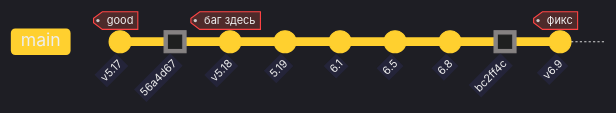
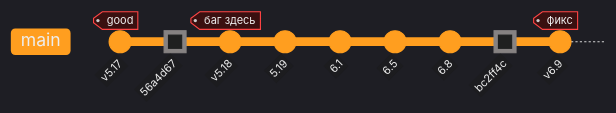
The diagram in docs/diagrams/git-timeline.mmd (polarnik/postgresql-system-issue-story), drawn with Mermaid before and after one commit. The commit also changed 39 other files, not shown here.

```diff
--- a/docs/diagrams/git-timeline.mmd
+++ b/docs/diagrams/git-timeline.mmd
@@ -1,21 +1,21 @@
 %%{init: { 'theme': 'dark', 'themeVariables': {
-    'git0': '#FFD02F',
+    'git0': '#ff9e1f',
     'git1': '#ff4444',
     'gitBranchLabel0': '#eee',
     'commitLabelColor': '#eee',
-    'commitLabelBackground': '#2a2a4e',
+    'commitLabelBackground': '#1a1a1a',
     'tagLabelColor': '#eee',
-    'tagLabelBackground': '#4e2a2a',
+    'tagLabelBackground': '#3a1010',
     'tagLabelBorder': '#ff4444'
 }}}%%
 
 gitGraph LR:
     commit id: "v5.17" tag: "good"
     commit id: "56a4d67" type: HIGHLIGHT
     commit id: "v5.18" tag: "баг здесь"
     commit id: "5.19"
     commit id: "6.1"
     commit id: "6.5"
     commit id: "6.8"
     commit id: "bc2ff4c" type: HIGHLIGHT
     commit id: "v6.9" tag: "фикс"
```
